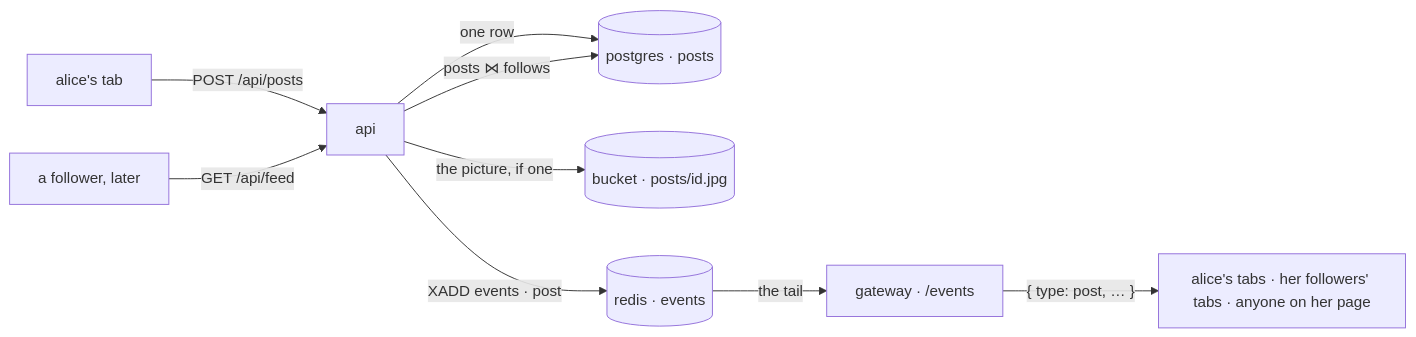
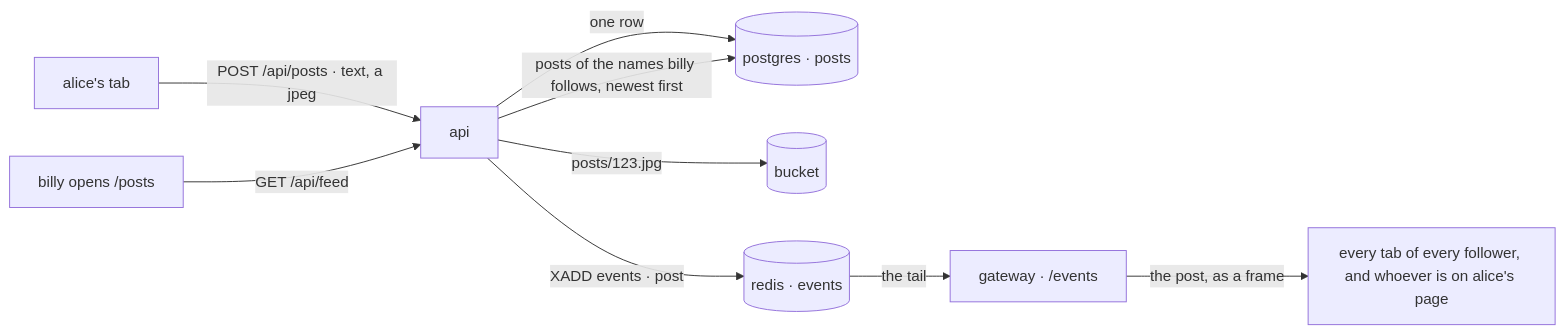
Before and after one commit to ZeroNerodaHero/slop-stream-architecture: the first of 2 diagrams in docs/posts.md, drawn with Mermaid. The commit also changed other lines of this file and 26 other files, not shown here.

````diff
--- a/docs/posts.md
+++ b/docs/posts.md
@@ -5,11 +5,11 @@
 ```mermaid
 flowchart LR
-  login[alice's tab] -->|"POST /api/posts"| api[api]
+  alice[alice's tab] -->|"POST /api/posts · text, a jpeg"| api[api]
   api -->|one row| db[(postgres · posts)]
-  api -->|"the picture, if one"| s3[(bucket · posts/id.jpg)]
+  api -->|"posts/123.jpg"| s3[(bucket)]
   api -->|"XADD events · post"| redis[(redis · events)]
   redis -->|the tail| gw[gateway · /events]
-  gw -->|"{ type: post, … }"| tabs[alice's tabs · her followers' tabs · anyone on her page]
-  reader[a follower, later] -->|"GET /api/feed"| api
-  api -->|"posts ⋈ follows"| db
+  gw -->|"the post, as a frame"| tabs[every tab of every follower, and whoever is on alice's page]
+  billy[billy opens /posts] -->|"GET /api/feed"| api
+  api -->|"posts of the names billy follows, newest first"| db
 ```
````
